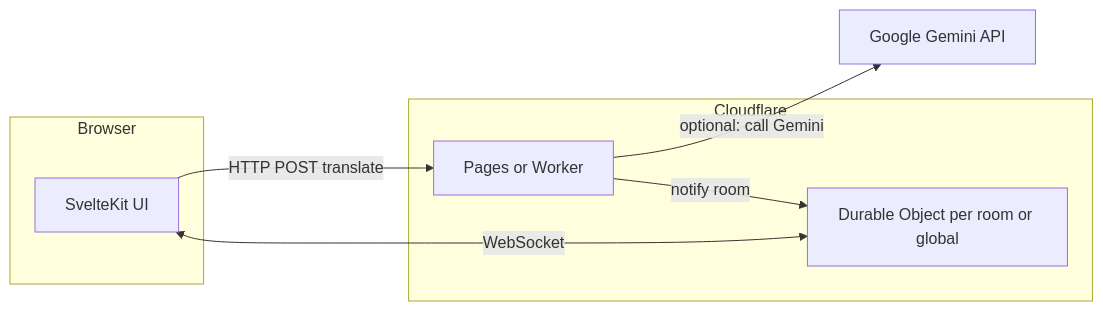
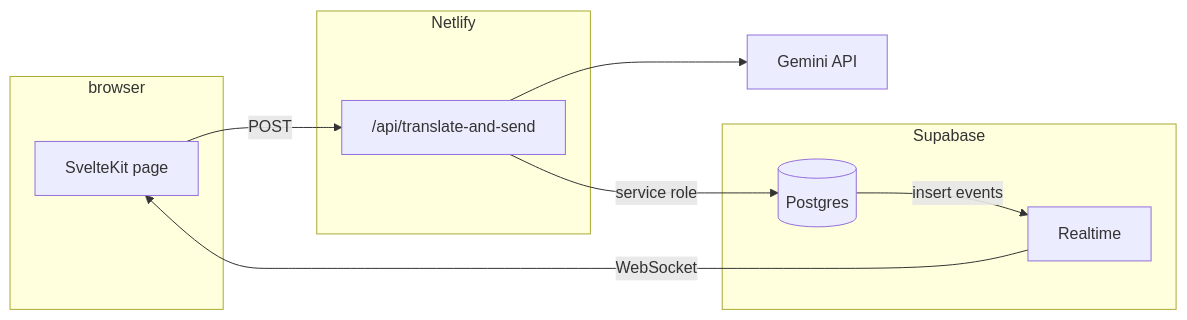
One commit to Chizbro/corpspeak changed the diagram in MIGRATION_PLAN.md. Above: the diagram before and after it, drawn with Mermaid. The commit also changed other lines of this file and 19 other files, not shown here.

````diff
--- a/MIGRATION_PLAN.md
+++ b/MIGRATION_PLAN.md
@@ -32,14 +11,19 @@
 ```mermaid
 flowchart LR
-  subgraph client [Browser]
-    UI[SvelteKit UI]
+  subgraph browser
+    UI[SvelteKit page]
   end
-  subgraph cf [Cloudflare]
-    P[Pages or Worker]
-    DO[Durable Object per room or global]
+  subgraph netlify [Netlify]
+    API["/api/translate-and-send"]
   end
-  UI -->|HTTP POST translate| P
-  P -->|optional: call Gemini| G[Google Gemini API]
-  P -->|notify room| DO
-  UI <-->|WebSocket| DO
+  subgraph supa [Supabase]
+    DB[(Postgres)]
+    RT[Realtime]
+  end
+  G[Gemini API]
+  UI -->|POST| API
+  API --> G
+  API -->|service role| DB
+  DB -->|insert events| RT
+  RT -->|WebSocket| UI
 ```
````
